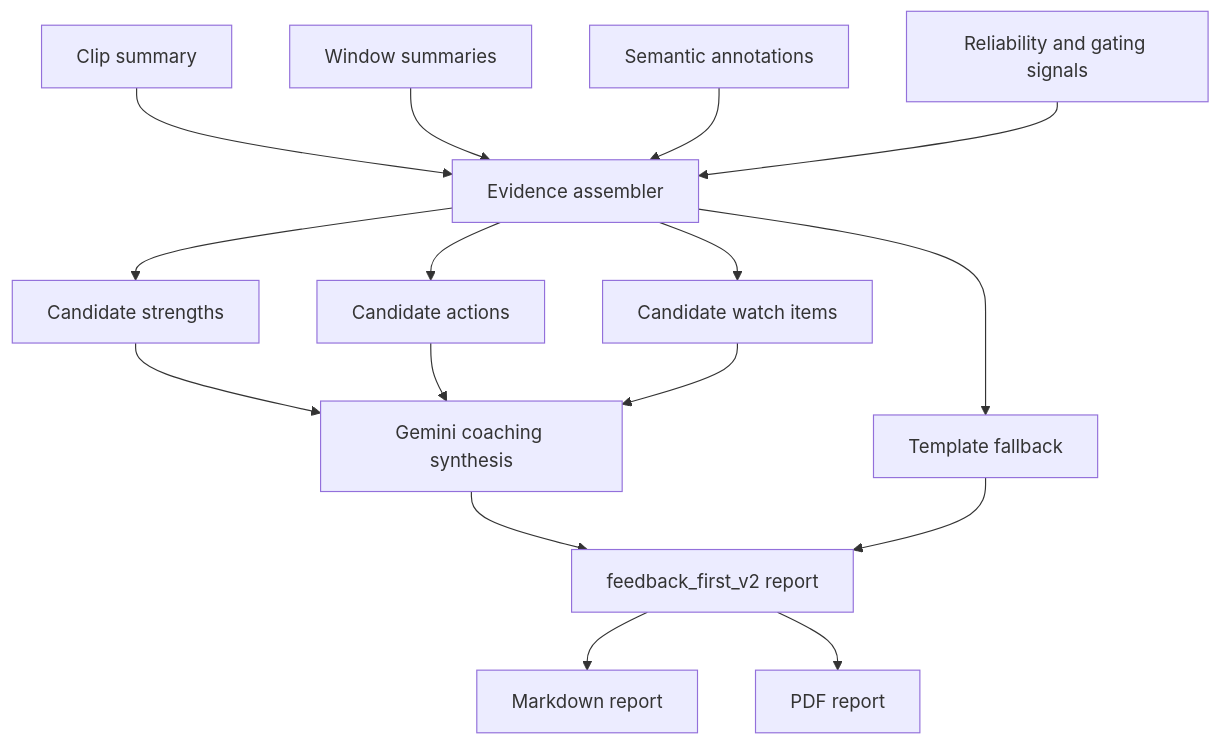
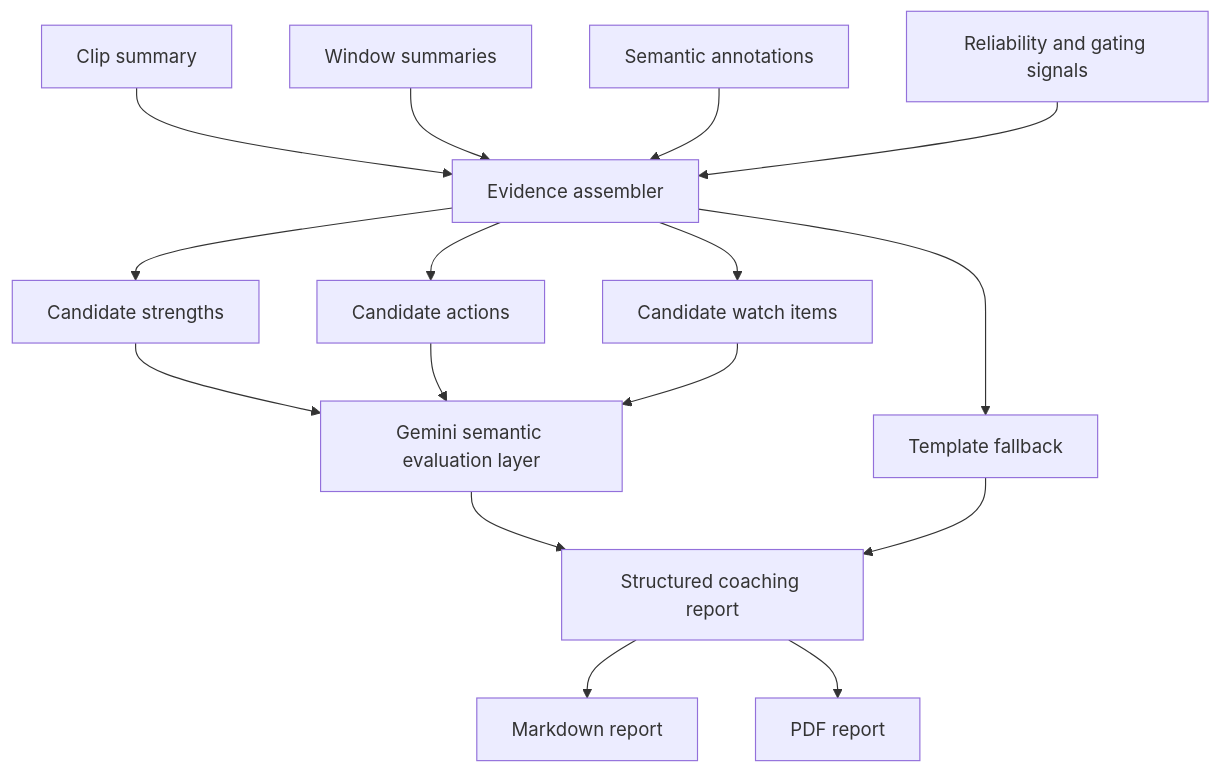
The third of 4 diagrams in docs/thesis_research_report.md (kv-248/TeacherEvaluation), drawn with Mermaid before and after one commit. The commit also changed other lines of this file and 11 other files, not shown here.

````diff
--- a/docs/thesis_research_report.md
+++ b/docs/thesis_research_report.md
@@ -440,18 +440,18 @@
 ```mermaid
 flowchart TD
     A[Clip summary] --> E[Evidence assembler]
     B[Window summaries] --> E
     C[Semantic annotations] --> E
     D[Reliability and gating signals] --> E
     E --> F[Candidate strengths]
     E --> G[Candidate actions]
     E --> H[Candidate watch items]
-    F --> I[Gemini coaching synthesis]
+    F --> I[Gemini semantic evaluation layer]
     G --> I
     H --> I
-    I --> J[feedback_first_v2 report]
+    I --> J[Structured coaching report]
     J --> K[Markdown report]
     J --> L[PDF report]
     E --> M[Template fallback]
     M --> J
 ```
````
